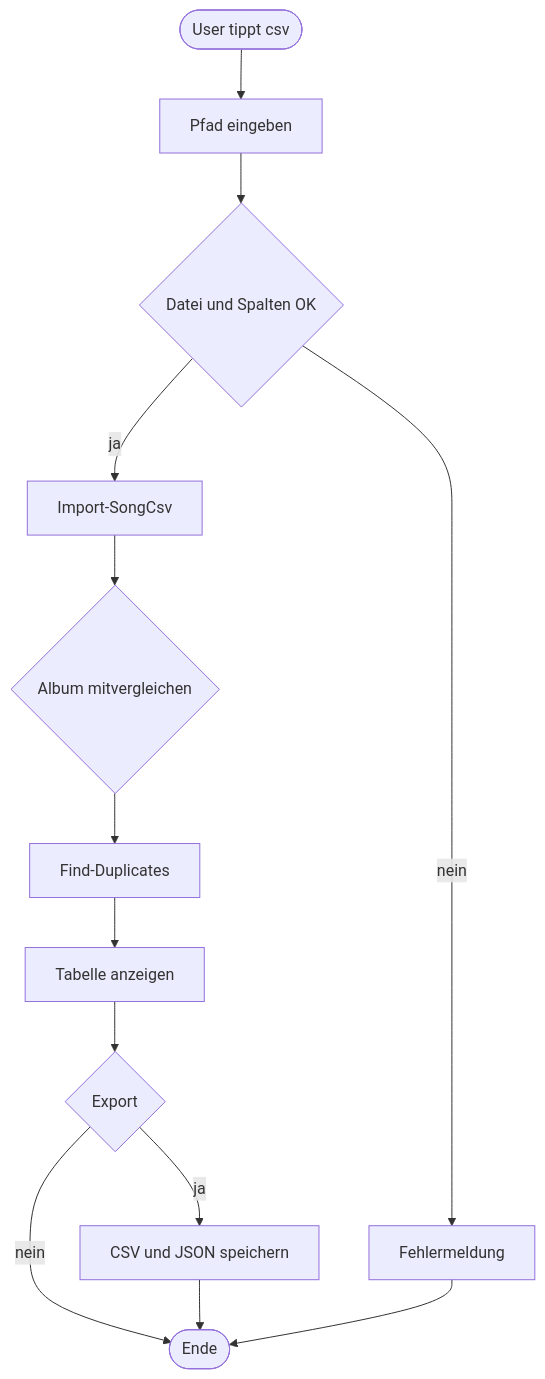
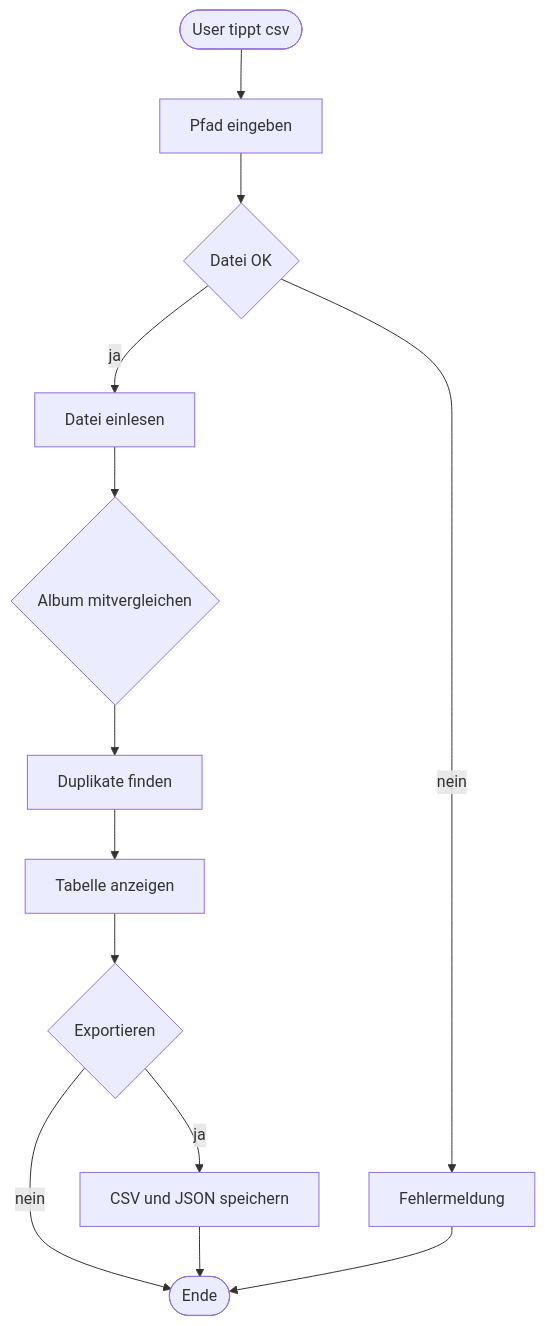
Before and after one commit to leandrosab/spotify-dup: the second of 6 diagrams in anhang/flowchart.md, drawn with Mermaid. The commit also changed other lines of this file and 1 other file, not shown here.

Commit message:
Flowchart V.7

````diff
--- a/anhang/flowchart.md
+++ b/anhang/flowchart.md
@@ -36,15 +36,15 @@
 ```mermaid
 flowchart TD
-    Begin([User tippt csv]) --> Path[Pfad eingeben]
-    Path --> Check{Datei und Spalten OK}
-    Check -->|nein| Err[Fehlermeldung]
-    Check -->|ja| Import[Import-SongCsv]
-    Import --> Album{Album mitvergleichen}
-    Album --> Find[Find-Duplicates]
-    Find --> Show[Tabelle anzeigen]
-    Show --> ExportQ{Export}
-    ExportQ -->|ja| Save[CSV und JSON speichern]
-    ExportQ -->|nein| Done([Ende])
-    Save --> Done
-    Err --> Done
+    a([User tippt csv]) --> b[Pfad eingeben]
+    b --> c{Datei OK}
+    c -->|nein| d[Fehlermeldung]
+    c -->|ja| e[Datei einlesen]
+    e --> f{Album mitvergleichen}
+    f --> g[Duplikate finden]
+    g --> h[Tabelle anzeigen]
+    h --> i{Exportieren}
+    i -->|ja| j[CSV und JSON speichern]
+    i -->|nein| k([Ende])
+    j --> k
+    d --> k
 ```
````
